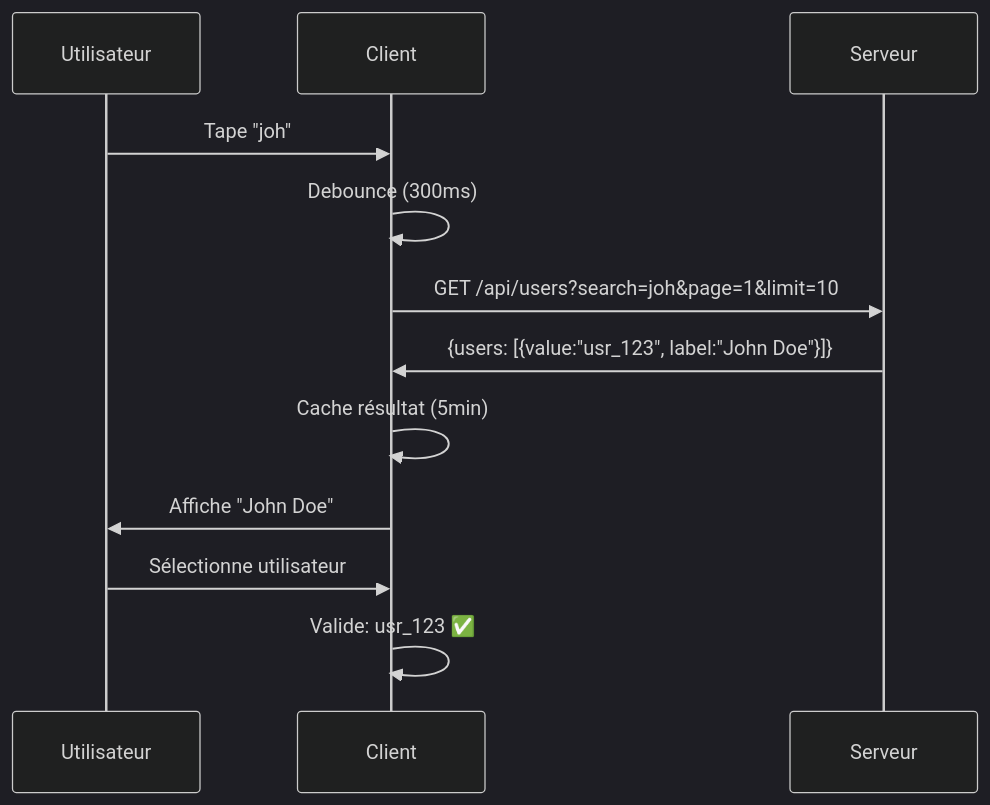
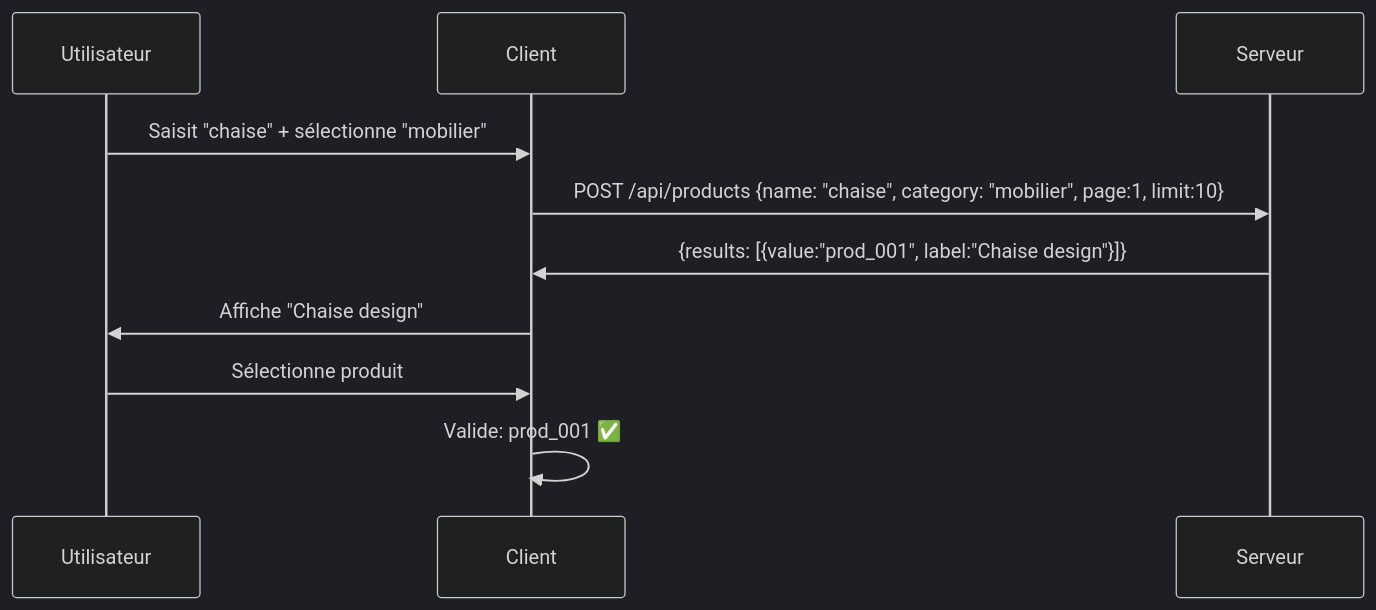
The second of 3 diagrams in docs/OVERVIEW.md (cyfko/input-spec), drawn with Mermaid (dark theme) before and after one commit. The commit also changed other lines of this file, not shown here.

Commit message:
enhancing overview page

````diff
--- a/docs/OVERVIEW.md
+++ b/docs/OVERVIEW.md
@@ -124,15 +140,12 @@
 ```mermaid
 sequenceDiagram
-    participant U as Utilisateur
-    participant C as Client
-    participant S as Serveur
-    
-    U->>C: Tape "joh"
-    C->>C: Debounce (300ms)
-    C->>S: GET /api/users?search=joh&page=1&limit=10
-    S->>C: {users: [{value:"usr_123", label:"John Doe"}]}
-    C->>C: Cache résultat (5min)
-    C->>U: Affiche "John Doe"
-    U->>C: Sélectionne utilisateur
-    C->>C: Valide: usr_123 ✅
+        participant U as Utilisateur
+        participant C as Client
+        participant S as Serveur
+        U->>C: Saisit "chaise" + sélectionne "mobilier"
+        C->>S: POST /api/products {name: "chaise", category: "mobilier", page:1, limit:10}
+        S->>C: {results: [{value:"prod_001", label:"Chaise design"}]}
+        C->>U: Affiche "Chaise design"
+        U->>C: Sélectionne produit
+        C->>C: Valide: prod_001 ✅
 ```
````
